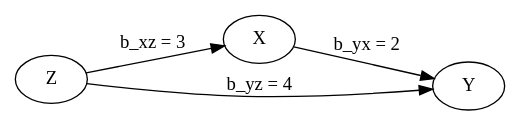
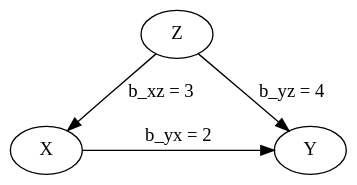
Before and after one commit to vdeni/causal-inference_bayes-and-dags: the second of 3 diagrams in reports/exploring-causality.qmd, drawn with Graphviz. The commit also changed other lines of this file and 2 other files, not shown here.

````diff
--- a/reports/exploring-causality.qmd
+++ b/reports/exploring-causality.qmd
@@ -92,12 +100,14 @@
 ```{dot fig_dag_effects}
 //| fig-cap: Causal effects for three variables, simple confounding scenario.
 //| label: fig-three-var-confounding-effs
 
 digraph effects_G {
     layout=dot;
-    rankdir=LR;
-    X -> Y [label="b_yx = 2"];
+    bgcolor="transparent";
+    rankdir=TB;
+    X -> Y [label="b_yx = 2", minlen=4];
     Z -> X [label="b_xz = 3"];
     Z -> Y [label="b_yz = 4"];
+    {rank="same"; X; Y;}
 }
 ```
````
